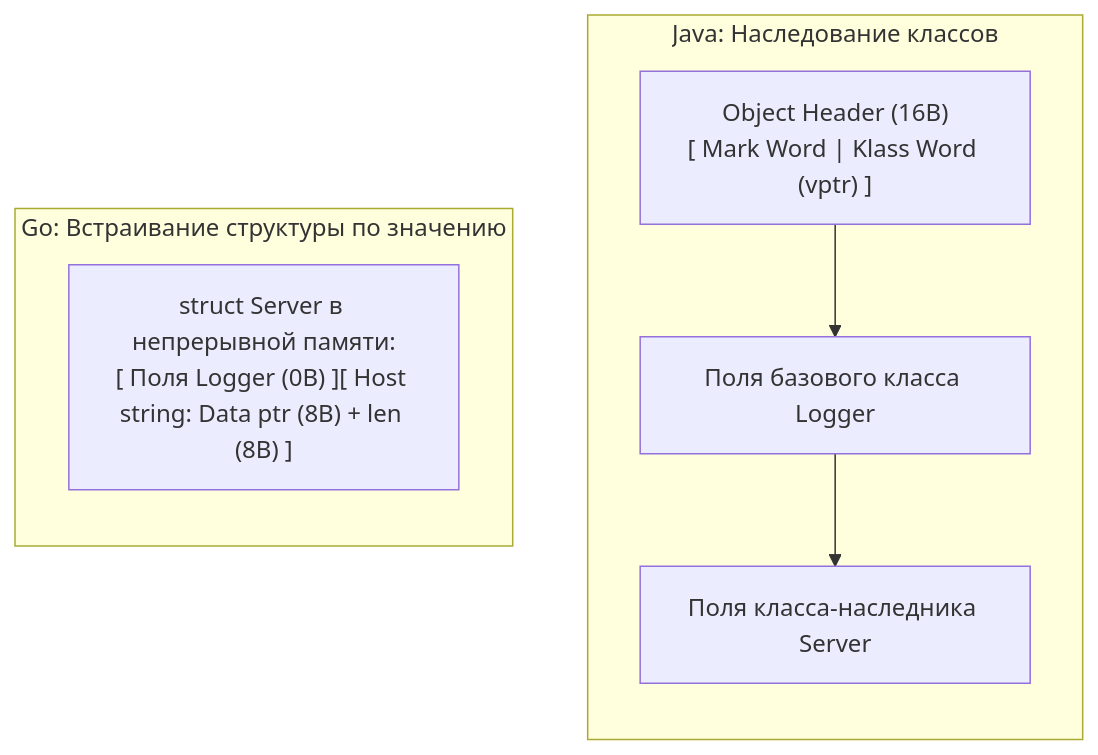
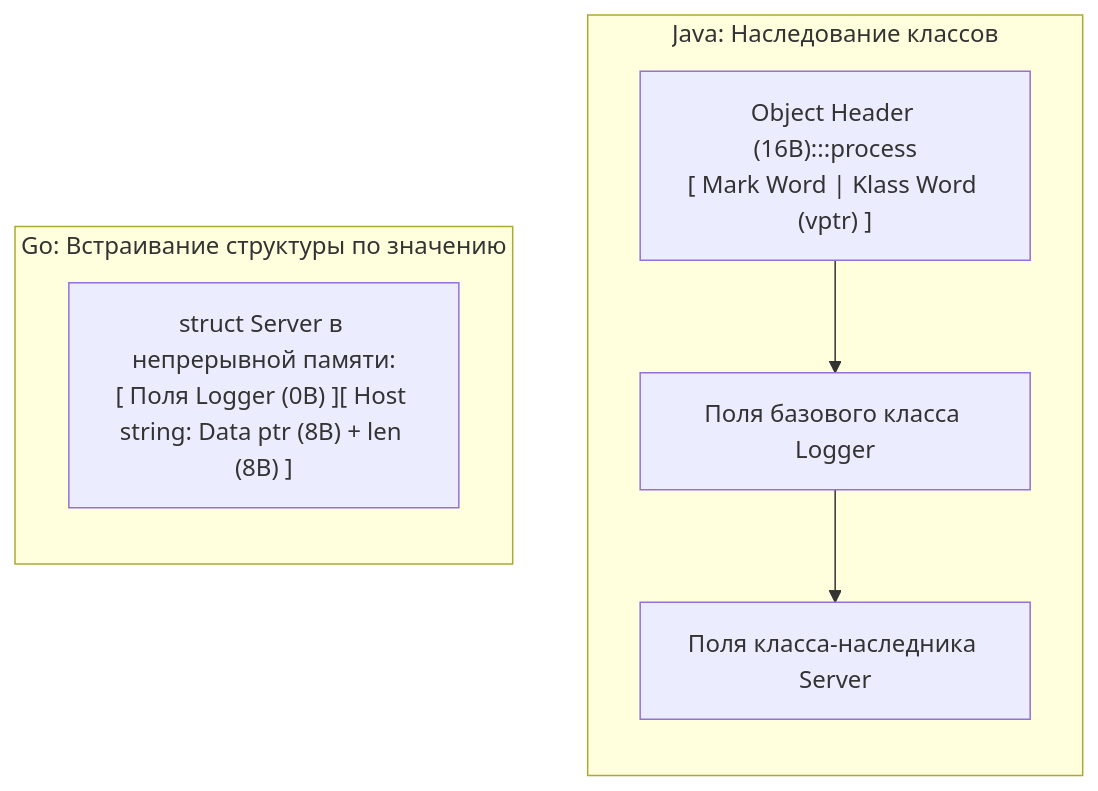
One commit to UnrealTemplier/go-textbook changed the diagram in sources/4. История и философия Go/13. Embedding. Как в Go реализуется композиция.md. Above: the diagram before and after it, drawn with Mermaid. The commit also changed 1666 other files, not shown here.

First line of the commit message:
feat(mermaid): add semantic color classDef to 1369 colorless flowchart/graph diagrams

````diff
--- a/sources/4. История и философия Go/13. Embedding. Как в Go реализуется композиция.md
+++ b/sources/4. История и философия Go/13. Embedding. Как в Go реализуется композиция.md
@@ -52,13 +52,23 @@
 ```mermaid
 flowchart TD
+    classDef process  fill:#1e293b,stroke:#38bdf8,stroke-width:1px,color:#f8fafc
+    classDef success  fill:#064e3b,stroke:#34d399,stroke-width:1px,color:#f8fafc
+    classDef error    fill:#7f1d1d,stroke:#f87171,stroke-width:1px,color:#f8fafc
+    classDef warning  fill:#78350f,stroke:#fbbf24,stroke-width:1px,color:#f8fafc
+    classDef entry    fill:#1e3a5f,stroke:#38bdf8,stroke-width:2px,color:#f8fafc
+    classDef aux      fill:#334155,stroke:#64748b,stroke-width:1px,color:#f8fafc
+    classDef system   fill:#312e81,stroke:#a78bfa,stroke-width:1px,color:#f8fafc
+    classDef data     fill:#132d29,stroke:#2dd4bf,stroke-width:1px,color:#f8fafc
+    classDef network  fill:#881337,stroke:#fb7185,stroke-width:1px,color:#f8fafc
+    classDef accent   fill:#1e1b4b,stroke:#818cf8,stroke-width:1px,color:#f8fafc
     subgraph JAVA_INHERIT ["Java: Наследование классов"]
         direction TB
-        A1["Object Header (16B)<br>[ Mark Word | Klass Word (vptr) ]"] --> B1["Поля базового класса Logger"]
+        A1["Object Header (16B):::process<br>[ Mark Word | Klass Word (vptr) ]"] --> B1["Поля базового класса Logger"]
         B1 --> C1["Поля класса-наследника Server"]
     end
 
     subgraph GO_EMBED ["Go: Встраивание структуры по значению"]
         direction TB
         A2["struct Server в непрерывной памяти:<br>[ Поля Logger (0B) ][ Host string: Data ptr (8B) + len (8B) ]"]
     end
 ```
````
